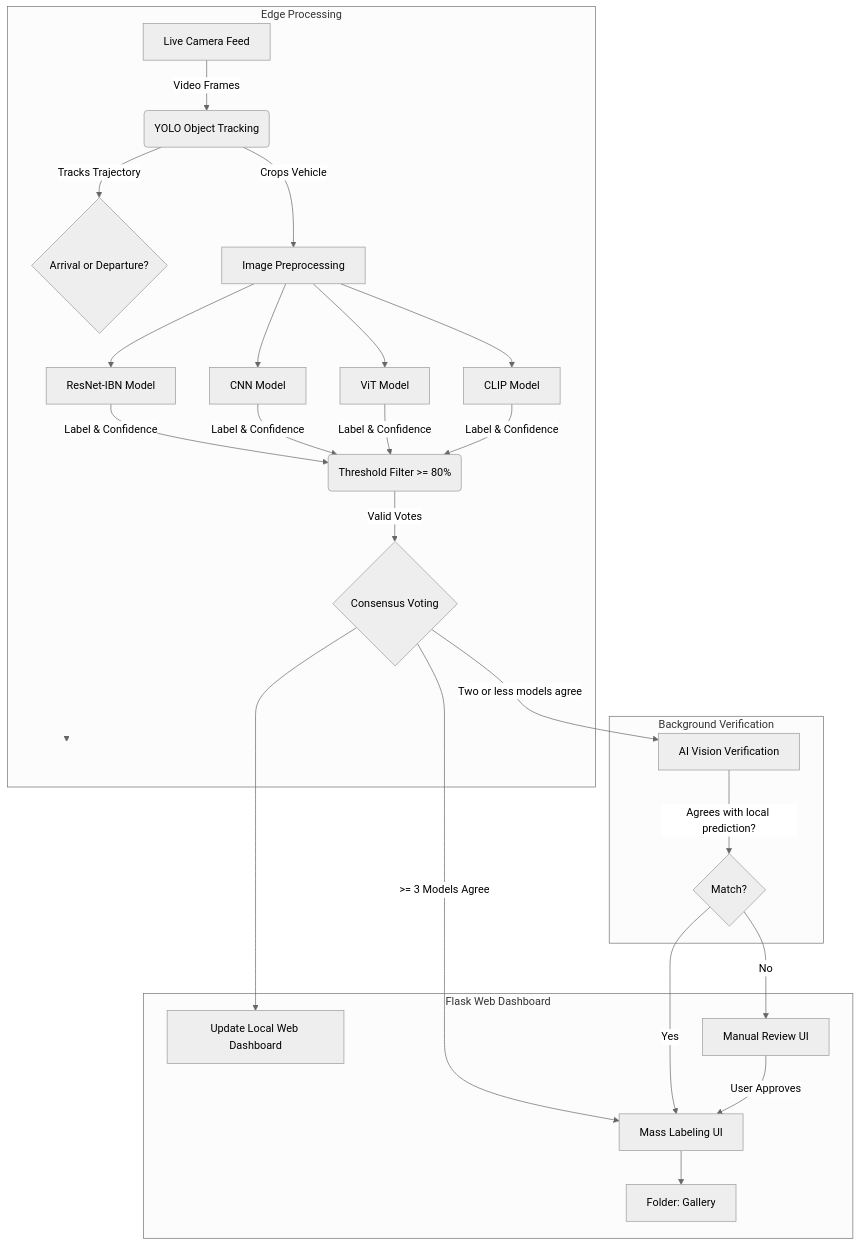
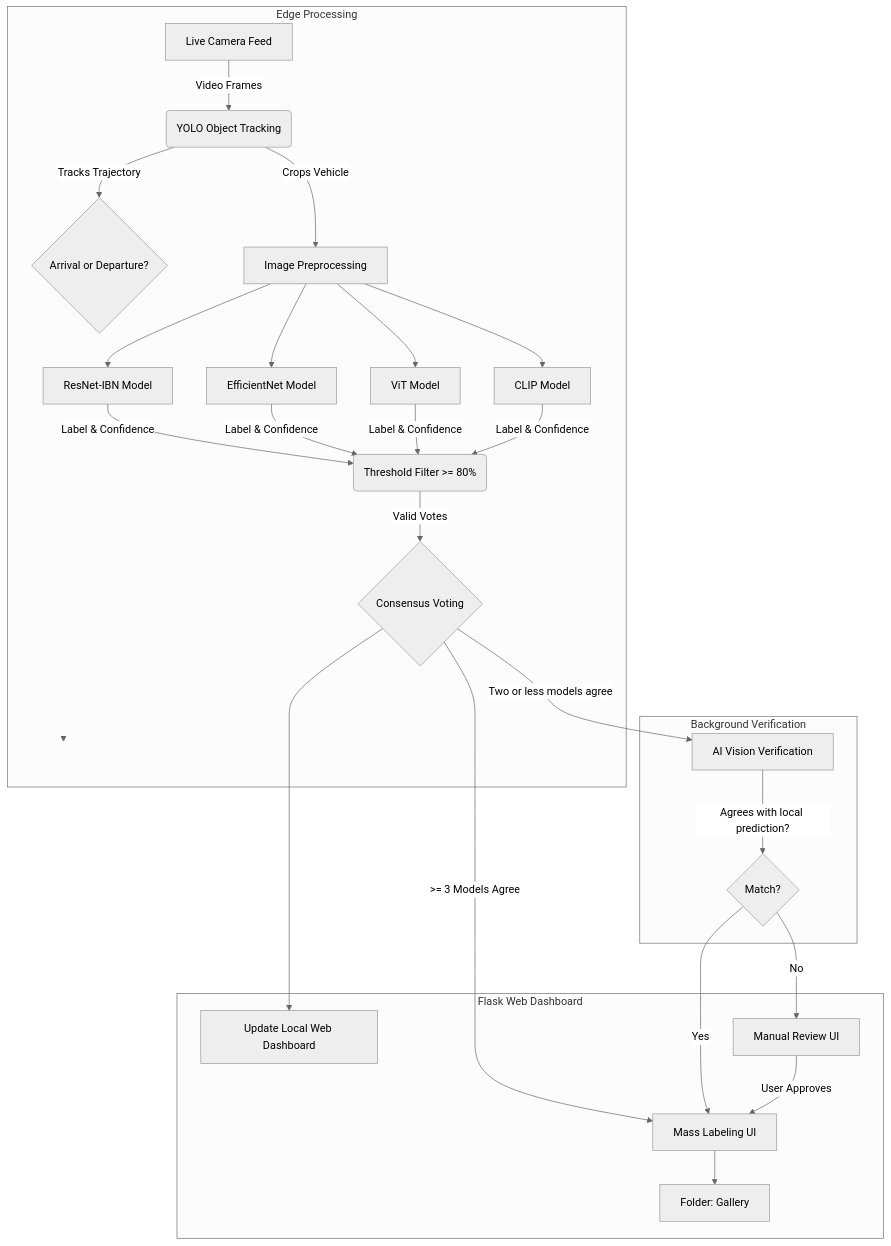
Before and after one commit to Nuisey/CaReID: the diagram in README.md, drawn with Mermaid (neutral theme). The commit also changed other lines of this file, not shown here.

Commit message:
docs: rename Custom CNN to EfficientNet-B0 for precision

````diff
--- a/README.md
+++ b/README.md
@@ -26,46 +26,46 @@
 ```mermaid
 flowchart TD
     %% cache-buster: v3
 
     subgraph Edge Processing
         A[Live Camera Feed] -->|Video Frames| B(YOLO Object Tracking)
         B -->|Tracks Trajectory| C{Arrival or Departure?}
         B -->|Crops Vehicle| D[Image Preprocessing]
   
         D --> E[ResNet-IBN Model]
-        D --> F[CNN Model]
+        D --> F[EfficientNet Model]
         D --> G[ViT Model]
         D --> H[CLIP Model]
   
         E & F & G & H -->|Label & Confidence| I(Threshold Filter >= 80%)
         I -->|Valid Votes| J{Consensus Voting}
         
         M["                                         "]
         style M fill:none,stroke:none,color:none
     end
 
     subgraph Background Verification
         P[AI Vision Verification]
         Q{Match?}
     end
   
     subgraph Flask Web Dashboard
         O[Update Local Web Dashboard]
         R[Manual Review UI]
         S[Mass Labeling UI]
         T[Folder: Gallery]
     end
 
     J -- ">= 3 Models Agree" --> S
     J -- "Two or less models agree" --> P
     J -- " " --> M
     linkStyle 14 stroke-width:0px,color:none;
     
     P -->|Agrees with local prediction?| Q
     Q -- Yes --> S
     
     J --> O
     Q -- No --> R
     R -- User Approves --> S
     S --> T
 ```
````
